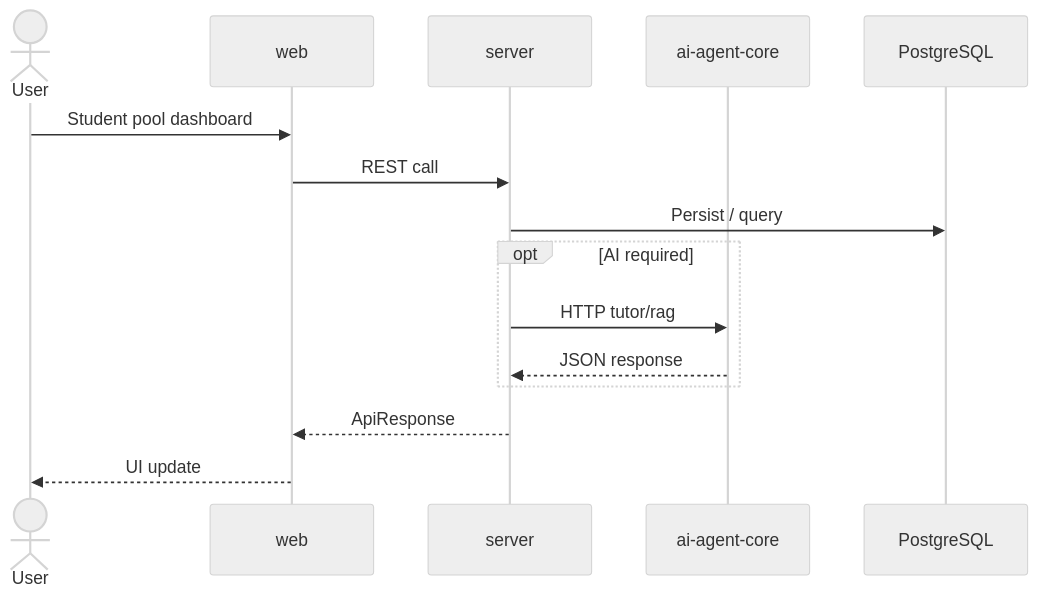
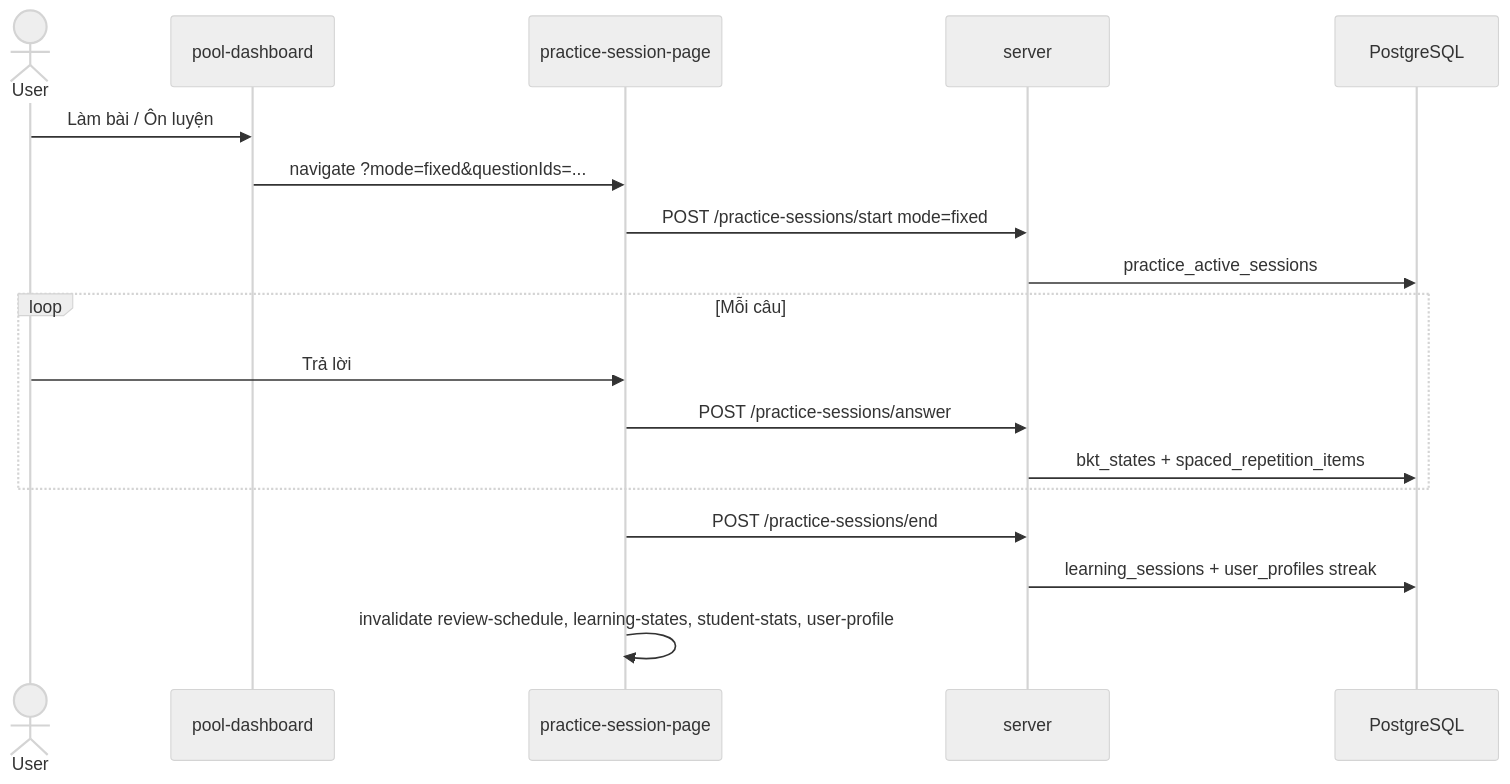
One commit to kuniquoc/eduboost changed the diagram in docs/04-integration/flows/05-quiz-pool-student.md. Above: the diagram before and after it, drawn with Mermaid (neutral theme). The commit also changed other lines of this file and 180 other files, not shown here.

First line of the commit message:
feat: enhance AI agent configuration and session management

````diff
--- a/docs/04-integration/flows/05-quiz-pool-student.md
+++ b/docs/04-integration/flows/05-quiz-pool-student.md
@@ -11,17 +11,20 @@
 ```mermaid
 sequenceDiagram
     actor User
-    participant Web as web
+    participant Pool as pool-dashboard
+    participant Practice as practice-session-page
     participant API as server
-    participant Agent as ai-agent-core
     participant DB as PostgreSQL
-    User->>Web: Student pool dashboard
-    Web->>API: REST call
-    API->>DB: Persist / query
-    opt AI required
-        API->>Agent: HTTP tutor/rag
-        Agent-->>API: JSON response
+    User->>Pool: Làm bài / Ôn luyện
+    Pool->>Practice: navigate ?mode=fixed&questionIds=...
+    Practice->>API: POST /practice-sessions/start mode=fixed
+    API->>DB: practice_active_sessions
+    loop Mỗi câu
+        User->>Practice: Trả lời
+        Practice->>API: POST /practice-sessions/answer
+        API->>DB: bkt_states + spaced_repetition_items
     end
-    API-->>Web: ApiResponse
-    Web-->>User: UI update
+    Practice->>API: POST /practice-sessions/end
+    API->>DB: learning_sessions + user_profiles streak
+    Practice->>Practice: invalidate review-schedule, learning-states, student-stats, user-profile
 ```
````
